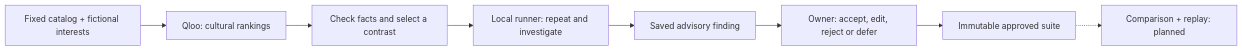
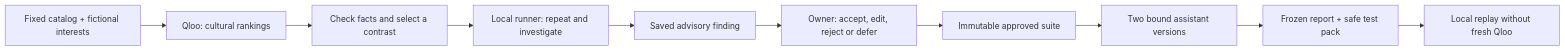
Before and after one commit to CryptoZephyr/tastecase: the first of 2 diagrams in README.md, drawn with Mermaid. The commit also changed other lines of this file and 25 other files, not shown here.

Commit message:
Add pinned comparisons and local replay

````diff
--- a/README.md
+++ b/README.md
@@ -36,10 +38,12 @@
 ```mermaid
 flowchart LR
   Input["Fixed catalog + fictional interests"] --> Qloo["Qloo: cultural rankings"]
   Qloo --> Case["Check facts and select a contrast"]
   Case --> Runner["Local runner: repeat and investigate"]
   Runner --> Finding["Saved advisory finding"]
   Finding --> Review["Owner: accept, edit, reject or defer"]
   Review --> Suite["Immutable approved suite"]
-  Suite -.-> Replay["Comparison + replay: planned"]
+  Suite --> Compare["Two bound assistant versions"]
+  Compare --> Export["Frozen report + safe test pack"]
+  Export --> Replay["Local replay without fresh Qloo"]
 ```
````
